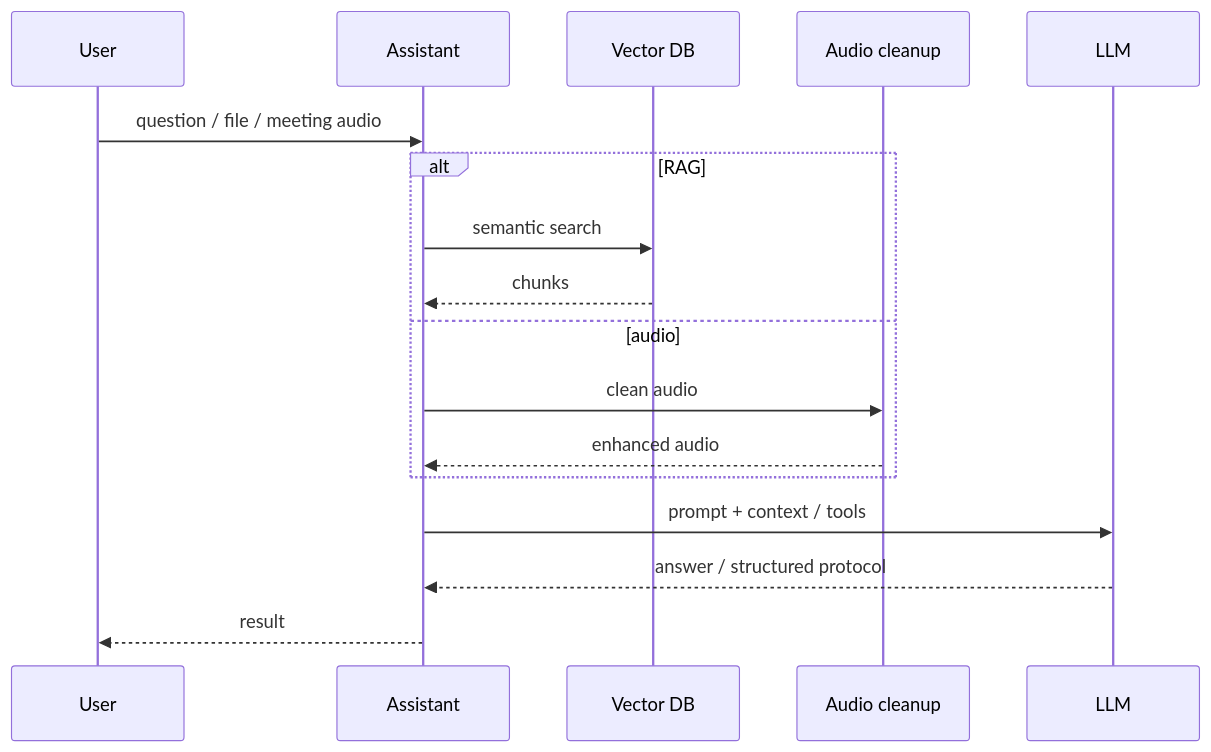
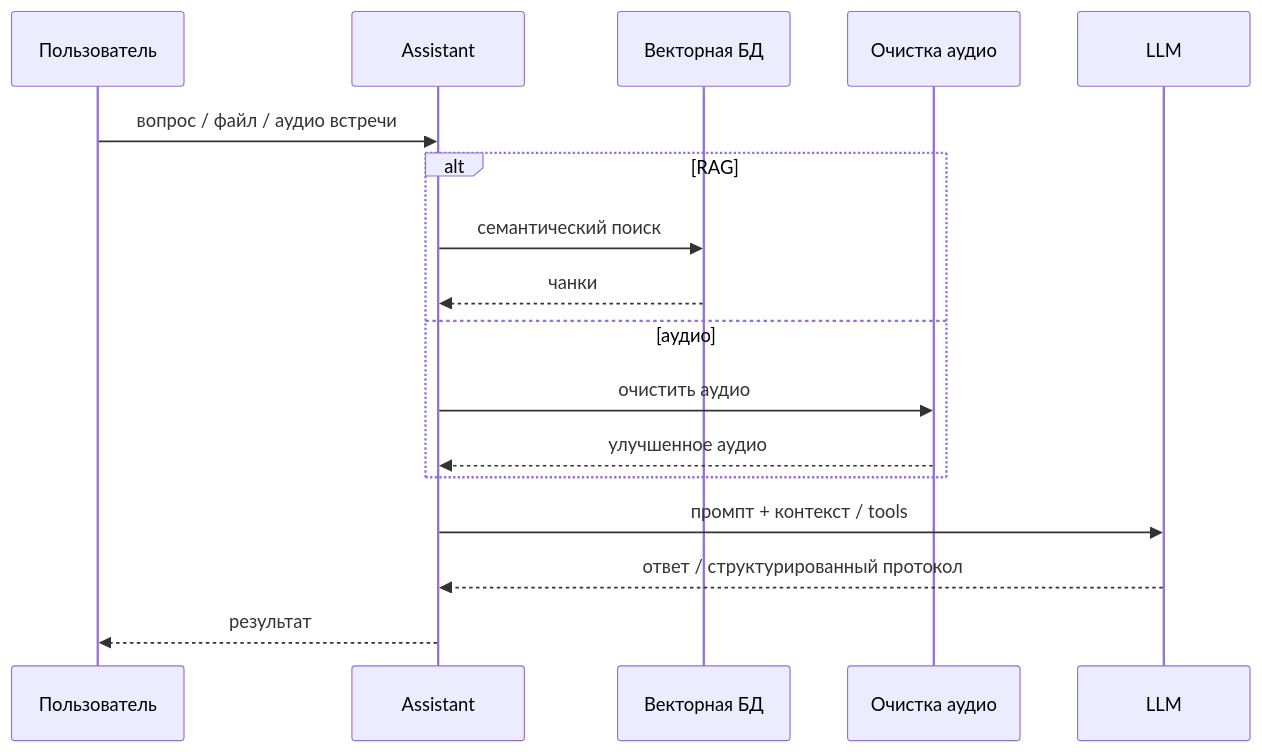
The diagram in cases/01-ai-platform.md (artyom-ai-dev/portfolio), drawn with Mermaid before and after one commit. The commit also changed other lines of this file and 4 other files, not shown here.

````diff
--- a/cases/01-ai-platform.md
+++ b/cases/01-ai-platform.md
@@ -22,20 +22,20 @@
 ```mermaid
 sequenceDiagram
-  participant U as User
+  participant U as Пользователь
   participant A as Assistant
-  participant V as Vector DB
-  participant C as Audio cleanup
+  participant V as Векторная БД
+  participant C as Очистка аудио
   participant L as LLM
 
-  U->>A: question / file / meeting audio
+  U->>A: вопрос / файл / аудио встречи
   alt RAG
-    A->>V: semantic search
-    V-->>A: chunks
-  else audio
-    A->>C: clean audio
-    C-->>A: enhanced audio
+    A->>V: семантический поиск
+    V-->>A: чанки
+  else аудио
+    A->>C: очистить аудио
+    C-->>A: улучшенное аудио
   end
-  A->>L: prompt + context / tools
-  L-->>A: answer / structured protocol
-  A-->>U: result
+  A->>L: промпт + контекст / tools
+  L-->>A: ответ / структурированный протокол
+  A-->>U: результат
 ```
````
